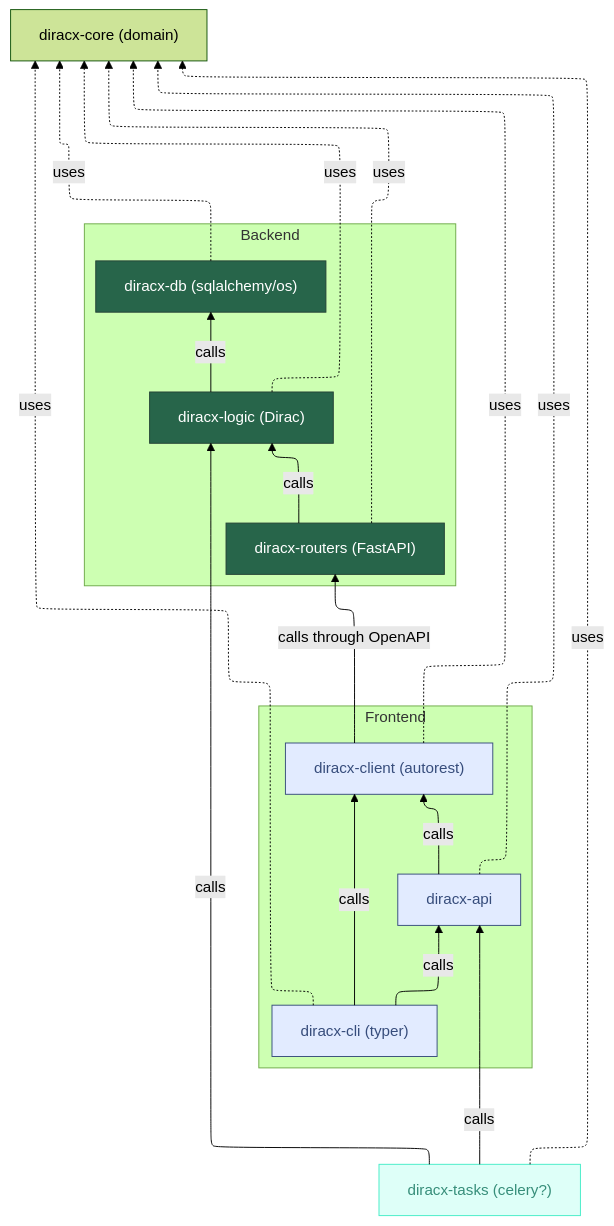
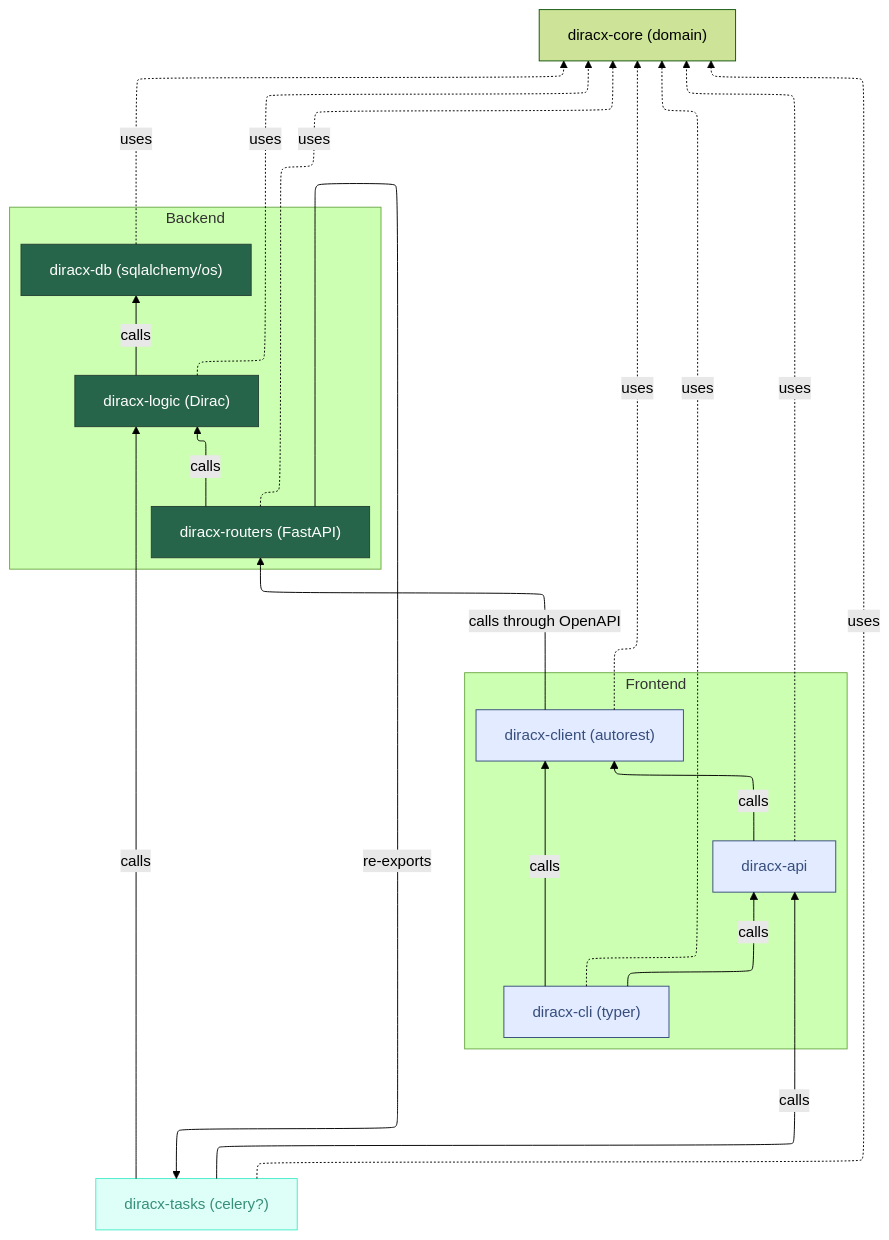
One commit to DIRACGrid/diracx changed the diagram in docs/dev/explanations/components/index.md. Above: the diagram before and after it, drawn with Mermaid (forest theme). The commit also changed 123 other files, not shown here.

````diff
--- a/docs/dev/explanations/components/index.md
+++ b/docs/dev/explanations/components/index.md
@@ -33,42 +33,43 @@
 ```mermaid
 ---
 config:
   layout: elk
 ---
 flowchart BT
  subgraph frontend["Frontend"]
         client["diracx-client (autorest)"]
         api["diracx-api"]
         cli["diracx-cli (typer)"]
   end
  subgraph backend["Backend"]
         dbs["diracx-db (sqlalchemy/os)"]
         logic["diracx-logic (Dirac)"]
         routers["diracx-routers (FastAPI)"]
   end
     dbs -. uses .-> core["diracx-core (domain)"]
     logic -. uses .-> core
     routers -. uses .-> core
     tasks["diracx-tasks (celery?)"] -. uses .-> core
     client -. uses .-> core
     api -. uses .-> core
     cli -. uses .-> core
     logic -- calls --> dbs
     routers -- calls --> logic
+    routers -- re-exports --> tasks
     tasks -- calls --> logic & api
     client -- calls through OpenAPI --> routers
     api -- calls --> client
     cli -- calls --> api & client
      client:::Sky
      api:::Sky
      cli:::Sky
      dbs:::Pine
      logic:::Pine
      routers:::Pine
      tasks:::Aqua
     classDef Rose stroke-width:1px, stroke-dasharray:none, stroke:#FF5978, fill:#FFDFE5, color:#8E2236
     classDef Sky stroke-width:1px, stroke-dasharray:none, stroke:#374D7C, fill:#E2EBFF, color:#374D7C
     classDef Pine stroke-width:1px, stroke-dasharray:none, stroke:#254336, fill:#27654A, color:#FFFFFF
     classDef Aqua stroke-width:1px, stroke-dasharray:none, stroke:#46EDC8, fill:#DEFFF8, color:#378E7A
 
 ```
````
